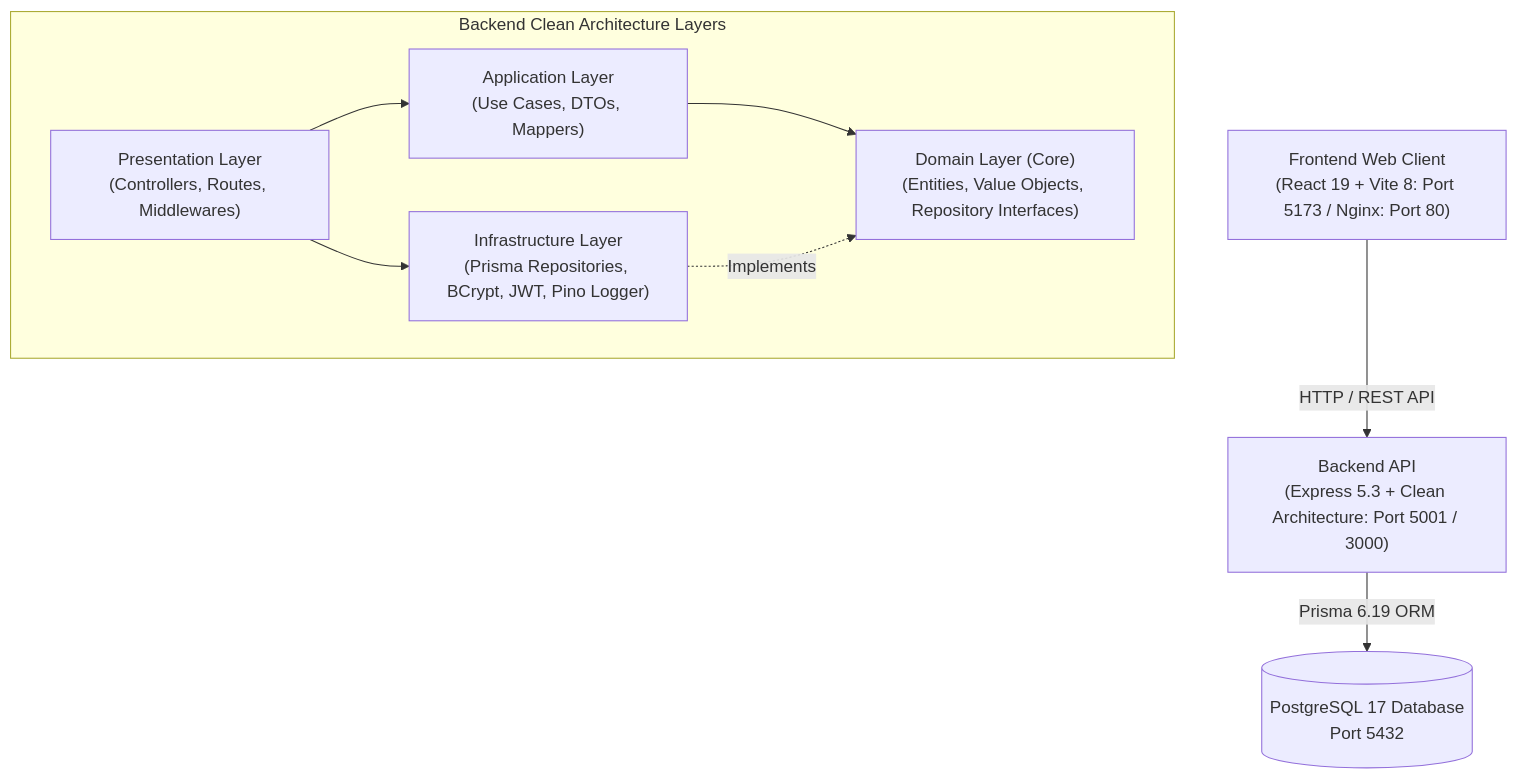
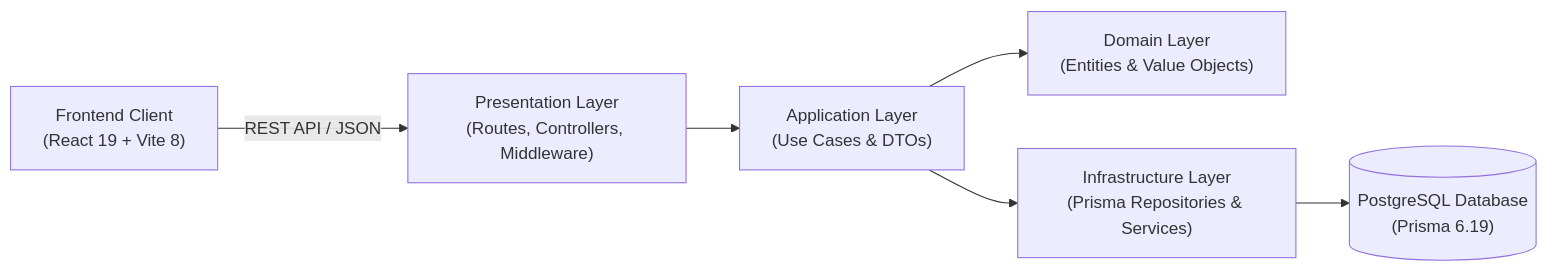
Before and after one commit to Rislasherin/Sweety: the diagram in README.md, drawn with Mermaid. The commit also changed other lines of this file, not shown here.

````diff
--- a/README.md
+++ b/README.md
@@ -151,17 +119,8 @@
 ```mermaid
-graph TD
-    Client["Frontend Web Client<br/>(React 19 + Vite 8: Port 5173 / Nginx: Port 80)"] -->|"HTTP / REST API"| Backend["Backend API<br/>(Express 5.3 + Clean Architecture: Port 5001 / 3000)"]
-    Backend -->|"Prisma 6.19 ORM"| DB[("PostgreSQL 17 Database<br/>Port 5432")]
-
-    subgraph "Backend Clean Architecture Layers"
-        Presentation["Presentation Layer<br/>(Controllers, Routes, Middlewares)"]
-        Application["Application Layer<br/>(Use Cases, DTOs, Mappers)"]
-        Domain["Domain Layer (Core)<br/>(Entities, Value Objects, Repository Interfaces)"]
-        Infrastructure["Infrastructure Layer<br/>(Prisma Repositories, BCrypt, JWT, Pino Logger)"]
-
-        Presentation --> Application
-        Application --> Domain
-        Infrastructure -.->|Implements| Domain
-        Presentation --> Infrastructure
-    end
+flowchart LR
+    Client["Frontend Client<br/>(React 19 + Vite 8)"] -->|"REST API / JSON"| Presentation["Presentation Layer<br/>(Routes, Controllers, Middleware)"]
+    Presentation --> Application["Application Layer<br/>(Use Cases & DTOs)"]
+    Application --> Domain["Domain Layer<br/>(Entities & Value Objects)"]
+    Application --> Infrastructure["Infrastructure Layer<br/>(Prisma Repositories & Services)"]
+    Infrastructure --> DB[("PostgreSQL Database<br/>(Prisma 6.19)")]
 ```
````
